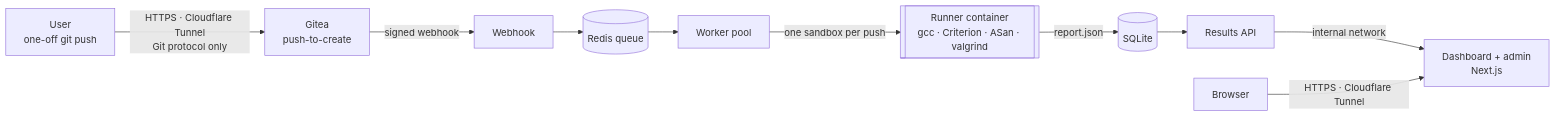
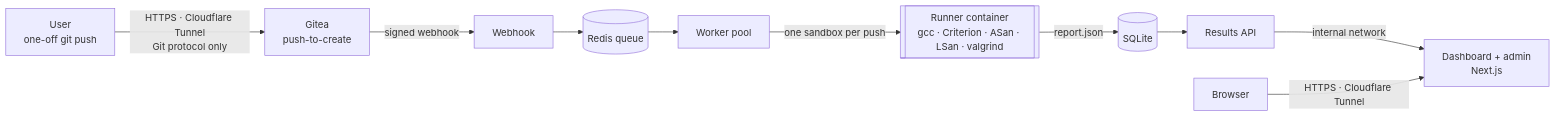
Before and after one commit to nomemleak/Remouline: the first of 2 diagrams in README.md, drawn with Mermaid. The commit also changed other lines of this file and 7 other files, not shown here.

````diff
--- a/README.md
+++ b/README.md
@@ -82,12 +82,12 @@
 ```mermaid
 flowchart LR
   S["User<br/>one-off git push"] -->|"HTTPS · Cloudflare Tunnel<br/>Git protocol only"| G["Gitea<br/>push-to-create"]
   G -->|"signed webhook"| W["Webhook"]
   W --> Q[("Redis queue")]
   Q --> K["Worker pool"]
-  K -->|"one sandbox per push"| C[["Runner container<br/>gcc · Criterion · ASan · valgrind"]]
+  K -->|"one sandbox per push"| C[["Runner container<br/>gcc · Criterion · ASan · LSan · valgrind"]]
   C -->|"report.json"| D[("SQLite")]
   D --> A["Results API"]
   A -->|"internal network"| V["Dashboard + admin<br/>Next.js"]
   U["Browser"] -->|"HTTPS · Cloudflare Tunnel"| V
 ```
````
